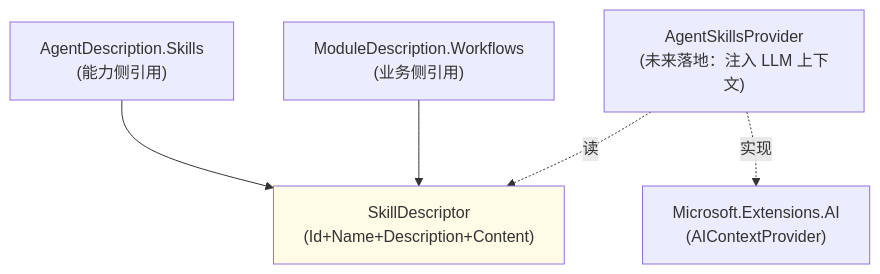
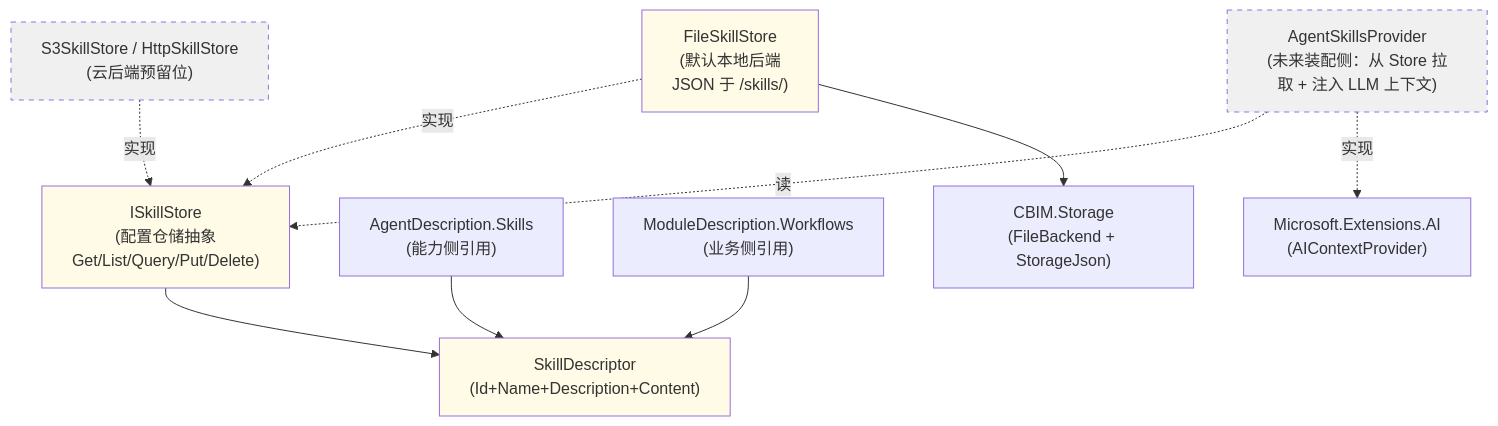
Before and after one commit to nan023062/agent-team-cc: the diagram in v2/cbim/Assets/CBIM/Skills/.dna/module.md, drawn with Mermaid. The commit also changed other lines of this file and 83 other files, not shown here.

````diff
--- a/v2/cbim/Assets/CBIM/Skills/.dna/module.md
+++ b/v2/cbim/Assets/CBIM/Skills/.dna/module.md
@@ -75,16 +88,26 @@
 ```mermaid
 flowchart TD
     SD["SkillDescriptor\n(Id+Name+Description+Content)"]
+    ISS["ISkillStore\n(配置仓储抽象\nGet/List/Query/Put/Delete)"]
+    FSS["FileSkillStore\n(默认本地后端\nJSON 于 <root>/skills/)"]
+    CLOUD["S3SkillStore / HttpSkillStore\n(云后端预留位)"]
     AD["AgentDescription.Skills\n(能力侧引用)"]
     MD["ModuleDescription.Workflows\n(业务侧引用)"]
-    SKP["AgentSkillsProvider\n(未来落地：注入 LLM 上下文)"]
+    STG["CBIM.Storage\n(FileBackend + StorageJson)"]
+    SKP["AgentSkillsProvider\n(未来装配侧：从 Store 拉取 + 注入 LLM 上下文)"]
     MS["Microsoft.Extensions.AI\n(AIContextProvider)"]
 
     AD --> SD
     MD --> SD
-    SKP -. 读 .-> SD
+    ISS --> SD
+    FSS -. 实现 .-> ISS
+    CLOUD -. 实现 .-> ISS
+    FSS --> STG
+    SKP -. 读 .-> ISS
     SKP -. 实现 .-> MS
 
     classDef self fill:#fffbe6;
-    class SD self;
+    classDef pending fill:#f0f0f0,stroke-dasharray:5 5;
+    class SD,ISS,FSS self;
+    class CLOUD,SKP pending;
 ```
````
